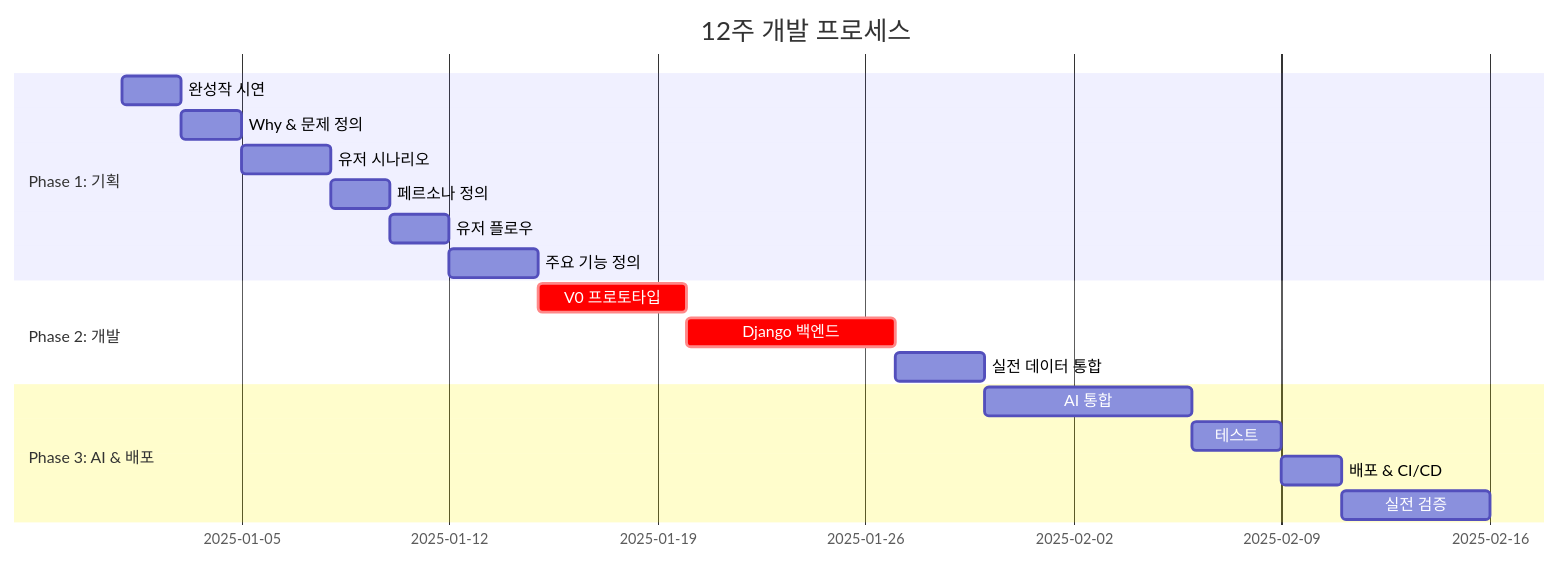
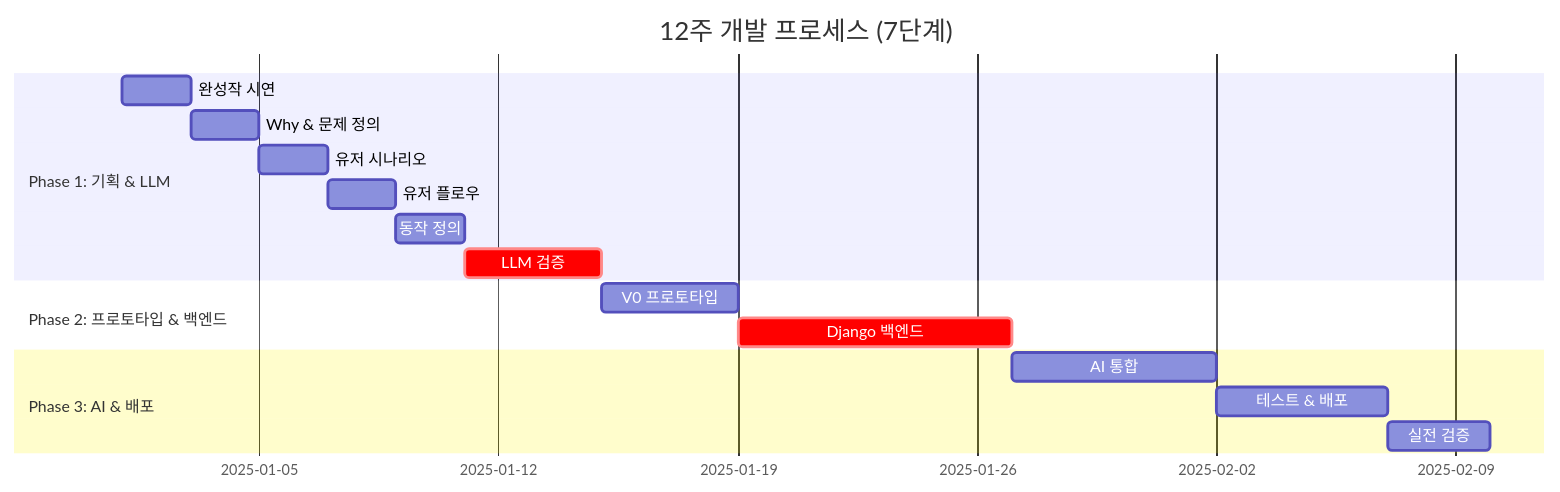
Diagram 13 of 14 in Docs/주제/5단계-AI가상환경_실전체험_교육가이드.md (Collegenie-X/AI-Vive-Coding), drawn with Mermaid before and after one commit. The commit also changed other lines of this file and 2 other files, not shown here.

````diff
--- a/Docs/주제/5단계-AI가상환경_실전체험_교육가이드.md
+++ b/Docs/주제/5단계-AI가상환경_실전체험_교육가이드.md
@@ -1544,24 +1979,22 @@
 ```mermaid
 gantt
-    title 12주 개발 프로세스
+    title 12주 개발 프로세스 (7단계)
     dateFormat YYYY-MM-DD
     
-    section Phase 1: 기획
+    section Phase 1: 기획 & LLM
     완성작 시연         :a1, 2025-01-01, 2d
     Why & 문제 정의    :a2, 2025-01-03, 2d
-    유저 시나리오      :a3, 2025-01-05, 3d
-    페르소나 정의      :a4, 2025-01-08, 2d
-    유저 플로우        :a5, 2025-01-10, 2d
-    주요 기능 정의     :a6, 2025-01-12, 3d
+    유저 시나리오      :a3, 2025-01-05, 2d
+    유저 플로우        :a4, 2025-01-07, 2d
+    동작 정의          :a5, 2025-01-09, 2d
+    LLM 검증           :crit, a6, 2025-01-11, 4d
     
-    section Phase 2: 개발
-    V0 프로토타입      :crit, b1, 2025-01-15, 5d
-    Django 백엔드      :crit, b2, 2025-01-20, 7d
-    실전 데이터 통합   :b3, 2025-01-27, 3d
+    section Phase 2: 프로토타입 & 백엔드
+    V0 프로토타입      :b1, 2025-01-15, 4d
+    Django 백엔드      :crit, b2, 2025-01-19, 8d
     
     section Phase 3: AI & 배포
-    AI 통합            :c1, 2025-01-30, 7d
-    테스트             :c2, 2025-02-06, 3d
-    배포 & CI/CD       :c3, 2025-02-09, 2d
-    실전 검증          :c4, 2025-02-11, 5d
+    AI 통합            :c1, 2025-01-27, 6d
+    테스트 & 배포      :c2, 2025-02-02, 5d
+    실전 검증          :c3, 2025-02-07, 3d
 ```
````
